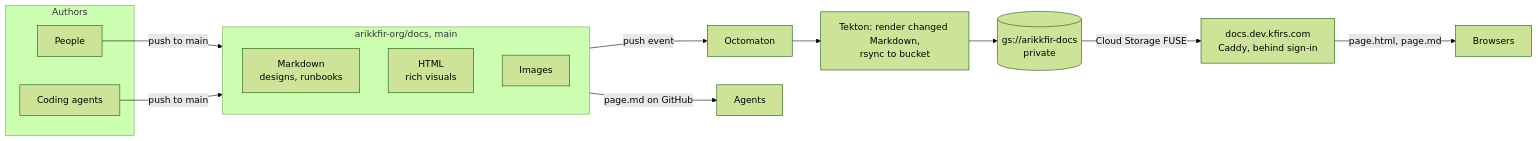
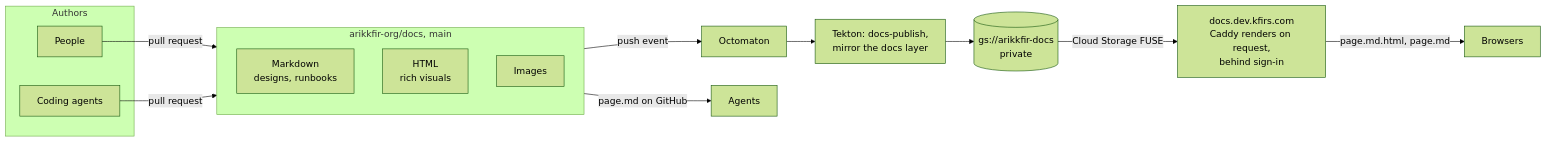
One commit to arikkfir-org/docs changed the diagram in hub/designs/phase-0-documentation.md. Above: the diagram before and after it, drawn with Mermaid (forest theme). The commit also changed other lines of this file, not shown here.

Commit message:
docs(hub): show the composed site's publishing in the phase 0 design
Its diagram and table still showed the render-and-rsync publishing and the
page.html URLs this pull request retires. They now show docs-publish
mirroring the docs layer, Caddy rendering on request, page.md.html, and
the Docs check that keeps broken links off the site.

Refs ENG-49

Claude-Session: https://claude.ai/code/session_01CQaLPwNcRcyQBP5oZgL7Rr

````diff
--- a/hub/designs/phase-0-documentation.md
+++ b/hub/designs/phase-0-documentation.md
@@ -8,20 +8,20 @@
 ```mermaid
 flowchart LR
   subgraph Authors
     H[People]
     A[Coding agents]
   end
   subgraph repo[arikkfir-org/docs, main]
     MD[Markdown<br/>designs, runbooks]
     HTML[HTML<br/>rich visuals]
     IMG[Images]
   end
-  H -- push to main --> repo
-  A -- push to main --> repo
+  H -- pull request --> repo
+  A -- pull request --> repo
   repo -- push event --> SB[Octomaton]
-  SB --> TK[Tekton: render changed Markdown,<br/>rsync to bucket]
+  SB --> TK[Tekton: docs-publish,<br/>mirror the docs layer]
   TK --> GCS[(gs://arikkfir-docs<br/>private)]
-  GCS -- Cloud Storage FUSE --> WEB[docs.dev.kfirs.com<br/>Caddy, behind sign-in]
-  WEB -- page.html, page.md --> B[Browsers]
+  GCS -- Cloud Storage FUSE --> WEB[docs.dev.kfirs.com<br/>Caddy renders on request,<br/>behind sign-in]
+  WEB -- page.md.html, page.md --> B[Browsers]
   repo -- page.md on GitHub --> AG[Agents]
 ```
````
